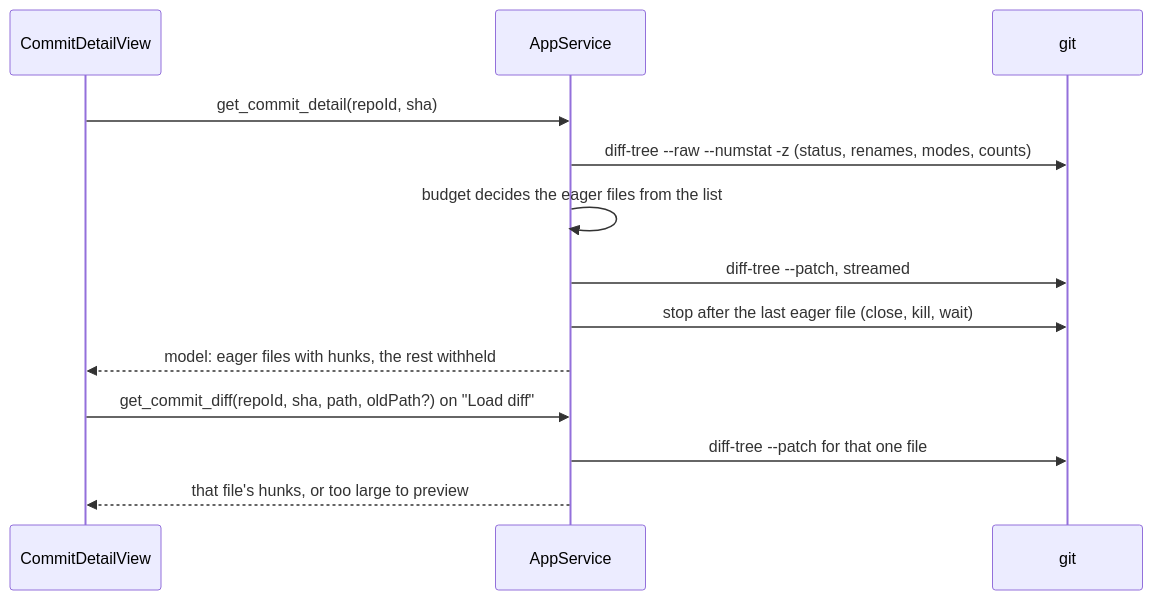
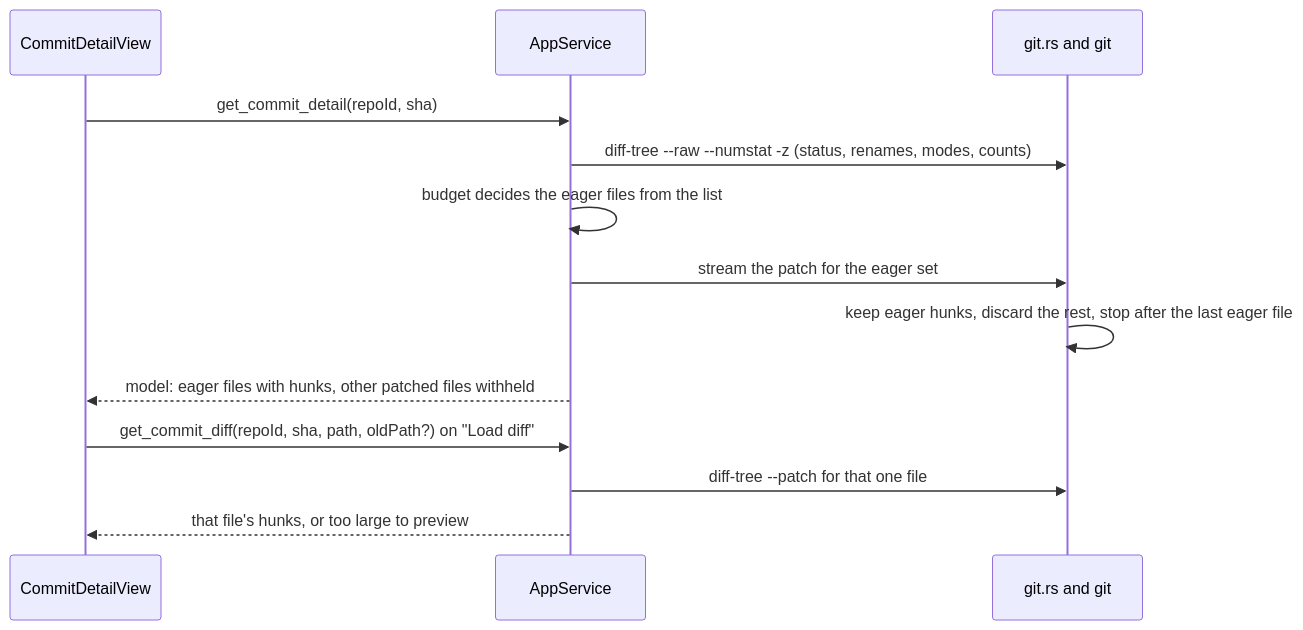
One commit to avantmedialtd/specforge changed the diagram in openspec/changes/rich-diff-view/design.md. Above: the diagram before and after it, drawn with Mermaid. The commit also changed other lines of this file and 3 other files, not shown here.

````diff
--- a/openspec/changes/rich-diff-view/design.md
+++ b/openspec/changes/rich-diff-view/design.md
@@ -94,15 +102,15 @@
 ```mermaid
 sequenceDiagram
   participant V as CommitDetailView
   participant S as AppService
-  participant G as git
+  participant G as git.rs and git
   V->>S: get_commit_detail(repoId, sha)
   S->>G: diff-tree --raw --numstat -z (status, renames, modes, counts)
   S->>S: budget decides the eager files from the list
-  S->>G: diff-tree --patch, streamed
-  S->>G: stop after the last eager file (close, kill, wait)
-  S-->>V: model: eager files with hunks, the rest withheld
+  S->>G: stream the patch for the eager set
+  G->>G: keep eager hunks, discard the rest, stop after the last eager file
+  S-->>V: model: eager files with hunks, other patched files withheld
   V->>S: get_commit_diff(repoId, sha, path, oldPath?) on "Load diff"
   S->>G: diff-tree --patch for that one file
   S-->>V: that file's hunks, or too large to preview
 ```
````
